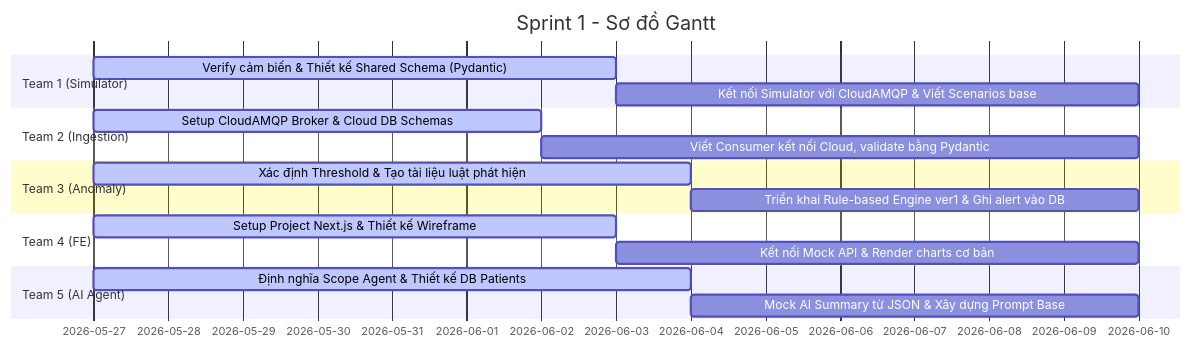
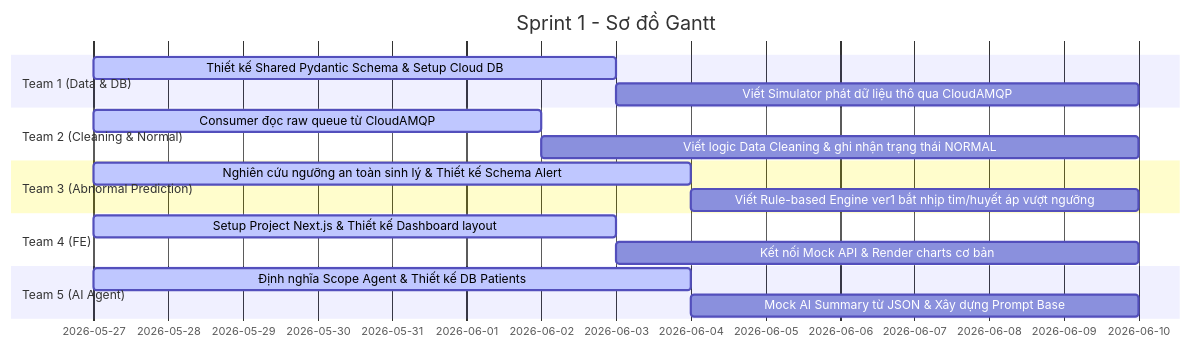
Before and after one commit to linhhtunn/Dashboard: the second of 4 diagrams in docs/project_sprint_plan_final.md, drawn with Mermaid. The commit also changed other lines of this file, not shown here.

````diff
--- a/docs/project_sprint_plan_final.md
+++ b/docs/project_sprint_plan_final.md
@@ -87,20 +91,20 @@
 ```mermaid
 gantt
     title Sprint 1 - Sơ đồ Gantt
     dateFormat  YYYY-MM-DD
-    section Team 1 (Simulator)
-    Verify cảm biến & Thiết kế Shared Schema (Pydantic)         :active, 2026-05-27, 7d
-    Kết nối Simulator với CloudAMQP & Viết Scenarios base      : 7d
-    section Team 2 (Ingestion)
-    Setup CloudAMQP Broker & Cloud DB Schemas                 :active, 2026-05-27, 6d
-    Viết Consumer kết nối Cloud, validate bằng Pydantic      : 8d
-    section Team 3 (Anomaly)
-    Xác định Threshold & Tạo tài liệu luật phát hiện          :active, 2026-05-27, 8d
-    Triển khai Rule-based Engine ver1 & Ghi alert vào DB      : 6d
+    section Team 1 (Data & DB)
+    Thiết kế Shared Pydantic Schema & Setup Cloud DB           :active, 2026-05-27, 7d
+    Viết Simulator phát dữ liệu thô qua CloudAMQP              : 7d
+    section Team 2 (Cleaning & Normal)
+    Consumer đọc raw queue từ CloudAMQP                        :active, 2026-05-27, 6d
+    Viết logic Data Cleaning & ghi nhận trạng thái NORMAL     : 8d
+    section Team 3 (Abnormal Prediction)
+    Nghiên cứu ngưỡng an toàn sinh lý & Thiết kế Schema Alert  :active, 2026-05-27, 8d
+    Viết Rule-based Engine ver1 bắt nhịp tim/huyết áp vượt ngưỡng: 6d
     section Team 4 (FE)
-    Setup Project Next.js & Thiết kế Wireframe                :active, 2026-05-27, 7d
+    Setup Project Next.js & Thiết kế Dashboard layout          :active, 2026-05-27, 7d
     Kết nối Mock API & Render charts cơ bản                   : 7d
     section Team 5 (AI Agent)
     Định nghĩa Scope Agent & Thiết kế DB Patients             :active, 2026-05-27, 8d
     Mock AI Summary từ JSON & Xây dựng Prompt Base            : 6d
 ```
````
